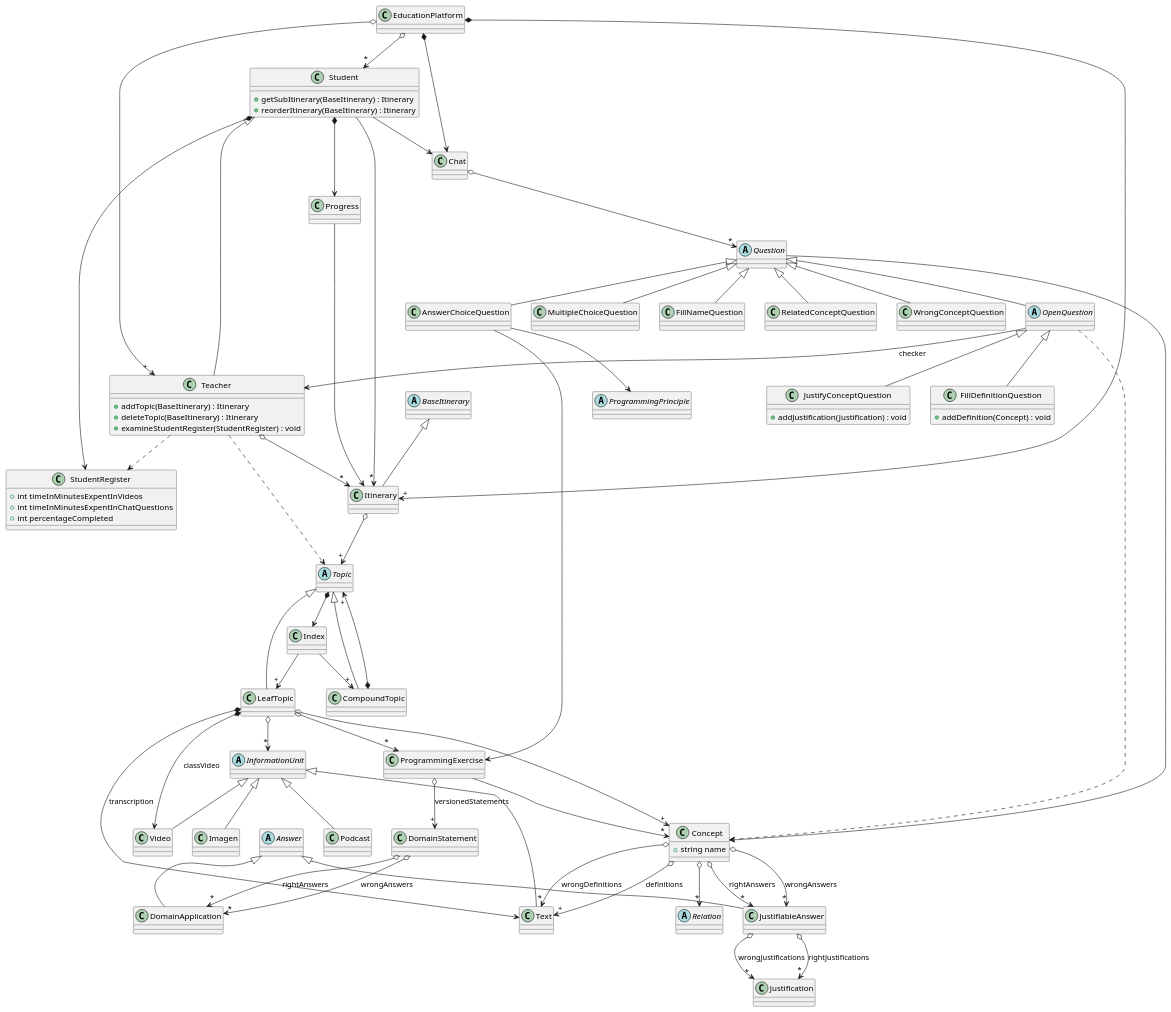
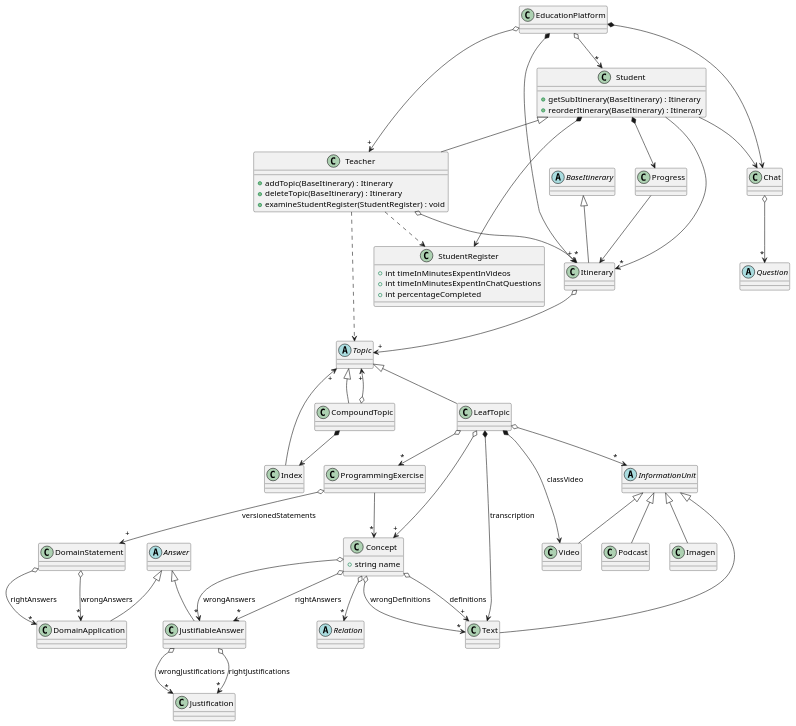
One commit to gianluisdiana/EducationPlatform changed the diagram in docs/domain/eduation_platform.puml. Above: the diagram before and after it, drawn with PlantUML. The commit also changed 3 other files, not shown here.

```diff
--- a/docs/domain/eduation_platform.puml
+++ b/docs/domain/eduation_platform.puml
@@ -1,172 +1,121 @@
 @startuml education_platform
 
   class Student {
     + getSubItinerary(BaseItinerary) : Itinerary
     + reorderItinerary(BaseItinerary) : Itinerary
   }
 
   abstract class BaseItinerary
 
   class Itinerary
 
   BaseItinerary <|-down- Itinerary
 
   Student --> "*" Itinerary
 
   class Teacher {
     + addTopic(BaseItinerary) : Itinerary
     + deleteTopic(BaseItinerary) : Itinerary
     + examineStudentRegister(StudentRegister) : void
   }
 
   Teacher o--> "*" Itinerary
 
   abstract class Topic
   class CompoundTopic
   class Index
 
   Student <|-down- Teacher
 
   abstract class InformationUnit
 
   InformationUnit <|-down- Text
   InformationUnit <|-down- Video
   InformationUnit <|-down- Podcast
   InformationUnit <|-down- Imagen
 
   LeafTopic o--> "*" InformationUnit
   LeafTopic *--> Video : classVideo
   LeafTopic *--> Text : transcription
 
   Teacher ..> Topic
 
-  CompoundTopic *--> "+" Topic
-  Topic *--> Index
+  CompoundTopic o--> "+" Topic
+  CompoundTopic *--> Index
 
   Topic <|-- CompoundTopic
   Topic <|-- LeafTopic
 
-  Index --> "+" CompoundTopic
-  Index --> "+" LeafTopic
+  Index --> "+" Topic
 
   Itinerary o--> "+" Topic
 
   EducationPlatform o--> "*" Student
   EducationPlatform o--> "+" Teacher
   EducationPlatform *--> "+" Itinerary
 
   class Concept {
     + string name
   }
 
   LeafTopic o--> "+" Concept
 
   Concept o--> "+" Text : definitions
   Concept o--> "*" Text : wrongDefinitions
   Concept o--> "*" Relation
 
   abstract class Relation
   ' Relation <|-- UseRelation
   ' Relation <|-- AssociationRelation
   ' Relation <|-- CompositionRelation
   ' Relation <|-- InheritanceRelation
   ' Relation <|-- AggregationRelation
 
   class Progress
 
   Student *--> Progress
   Progress --> Itinerary
 
   class Chat
+
   abstract class Question
-
-  Question --> Concept
 
   Chat o--> "*" Question
 
   EducationPlatform *--> Chat
 
-  Question <|-- MultipleChoiceQuestion
-  Question <|-- FillNameQuestion
-  Question <|-- RelatedConceptQuestion
-  Question <|-- OpenQuestion
-
-  abstract class OpenQuestion
-  class FillDefinitionQuestion {
-    + addDefinition(Concept) : void
-  }
-  class JustifyConceptQuestion {
-    + addJustification(Justification) : void
-  }
-  OpenQuestion <|-- JustifyConceptQuestion
-
-  OpenQuestion --> Teacher : checker
-  OpenQuestion ..> Concept
   Student --> Chat
 
   Concept o--> "*" JustifiableAnswer : wrongAnswers
   Concept o--> "*" JustifiableAnswer : rightAnswers
 
   JustifiableAnswer o--> "*" Justification : wrongJustifications
   JustifiableAnswer o--> "*" Justification : rightJustifications
 
   class JustifiableAnswer
 
-  Question <|-- WrongConceptQuestion
-  OpenQuestion <|-- FillDefinitionQuestion
-
   class ProgrammingExercise
   class DomainApplication
 
   abstract class Answer
   Answer <|-- JustifiableAnswer
   Answer <|-- DomainApplication
 
   DomainStatement o--> "*" DomainApplication : rightAnswers
   DomainStatement o--> "*" DomainApplication : wrongAnswers
-
-  Question <|-- AnswerChoiceQuestion
-
-  AnswerChoiceQuestion --> ProgrammingExercise
-  AnswerChoiceQuestion --> ProgrammingPrinciple
-
-  abstract class ProgrammingPrinciple
-  ' ProgrammingPrinciple <|-- ComprehensibilityPrinciple
-  ' ProgrammingPrinciple <|-- ModularityPrinciple
-  ' ProgrammingPrinciple <|-- ExtensibilityPrinciple
-
-  ' abstract class ComprehensibilityPrinciple
-  ' ComprehensibilityPrinciple <|-- UnificationPrinciple
-  ' ComprehensibilityPrinciple <|-- UniformityPrinciple
-  ' ComprehensibilityPrinciple <|-- MinimizationPrinciple
-
-  ' abstract class ModularityPrinciple
-  ' ModularityPrinciple <|-- AbstractionPrinciple
-  ' ModularityPrinciple <|-- SelfProtectionPrinciple
-  ' ModularityPrinciple <|-- CohesionPrinciple
-  ' ModularityPrinciple <|-- DecouplingPrinciple
-  ' ModularityPrinciple <|-- GranularizationPrinciple
-  ' ModularityPrinciple <|-- HierarchizationPrinciple
-  ' ModularityPrinciple <|-- DominancePrinciple
-  ' ModularityPrinciple <|-- TechnologyPrinciple
-
-  ' abstract class ExtensibilityPrinciple
-  ' ExtensibilityPrinciple <|-- SpecializationPrinciple
-  ' ExtensibilityPrinciple <|-- GeneralizationPrinciple
-  ' ExtensibilityPrinciple <|-- SubstitutionPrinciple
 
   class StudentRegister {
     + int timeInMinutesExpentInVideos
     + int timeInMinutesExpentInChatQuestions
     + int percentageCompleted
   }
 
   LeafTopic o--> "*" ProgrammingExercise
 
   Student *--> StudentRegister
   Teacher ..> StudentRegister
 
   ProgrammingExercise o--> "+" DomainStatement : versionedStatements
   ProgrammingExercise --> "*" Concept
 
 @enduml
```
